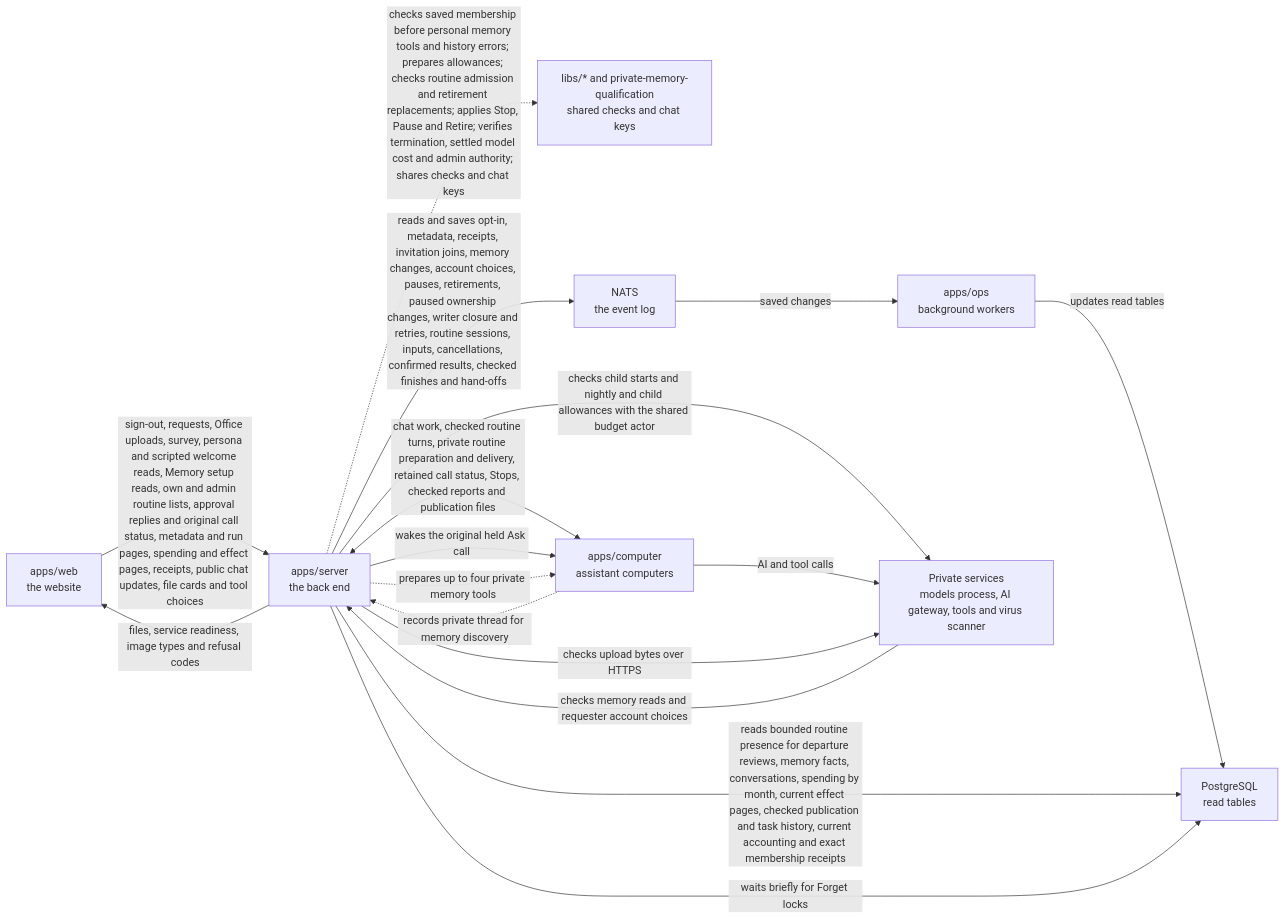
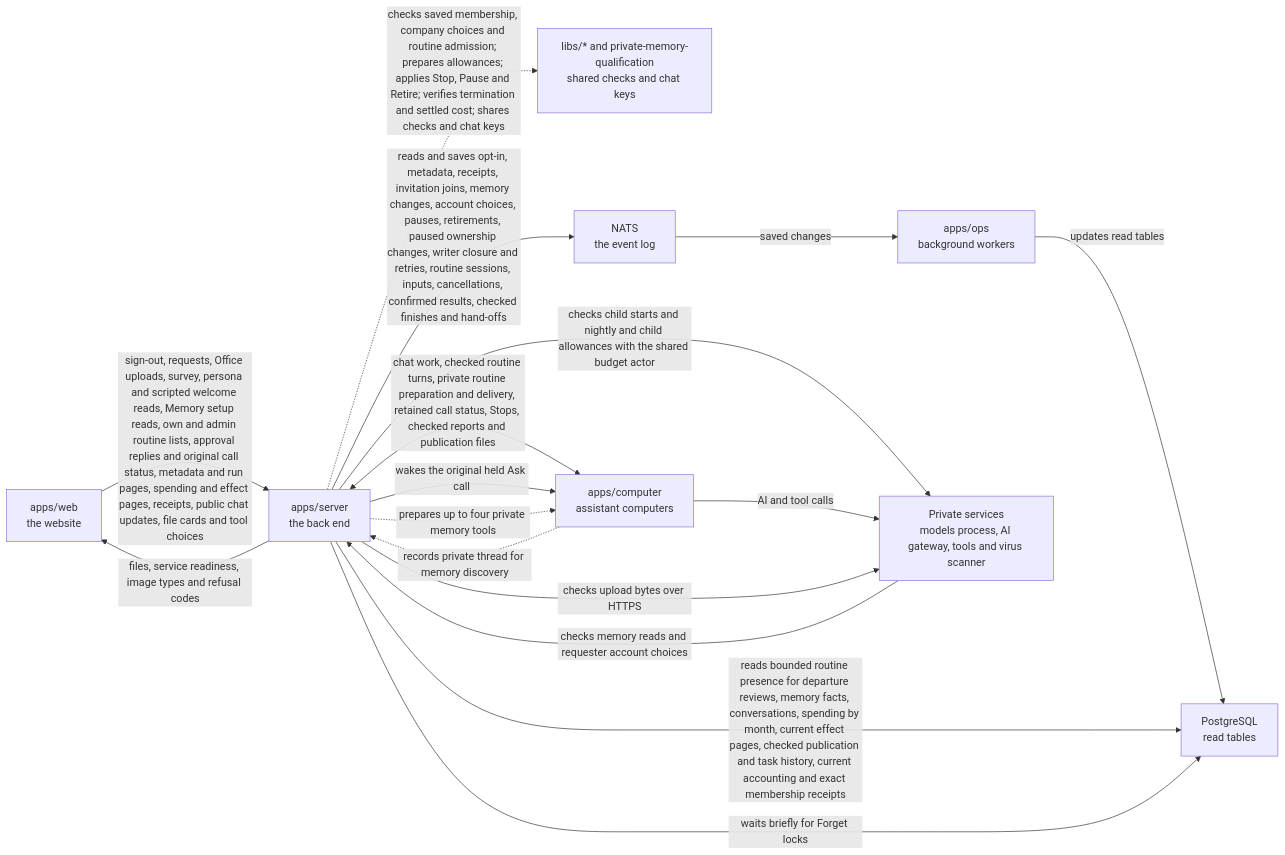
The diagram in apps/server/README.md (elewa-git/opencrane-new), drawn with Mermaid before and after one commit. The commit also changed other lines of this file and 13 other files, not shown here.

Commit message:
🔒 Check company bindings after routine wake

````diff
--- a/apps/server/README.md
+++ b/apps/server/README.md
@@ -224,19 +228,19 @@
 ```mermaid
 flowchart LR
   web["apps/web<br/>the website"] -->|sign-out, requests, Office uploads, survey, persona and scripted welcome reads, Memory setup reads, own and admin routine lists, approval replies and original call status, metadata and run pages, spending and effect pages, receipts, public chat updates, file cards and tool choices| server["apps/server<br/>the back end"]
-  server -.->|checks saved membership before personal memory tools and history errors; prepares allowances; checks routine admission and retirement replacements; applies Stop, Pause and Retire; verifies termination, settled model cost and admin authority; shares checks and chat keys| libs["libs/* and private-memory-qualification<br/>shared checks and chat keys"]
+  server -.->|checks saved membership, company choices and routine admission; prepares allowances; applies Stop, Pause and Retire; verifies termination and settled cost; shares checks and chat keys| libs["libs/* and private-memory-qualification<br/>shared checks and chat keys"]
   server -->|reads and saves opt-in, metadata, receipts, invitation joins, memory changes, account choices, pauses, retirements, paused ownership changes, writer closure and retries, routine sessions, inputs, cancellations, confirmed results, checked finishes and hand-offs| nats["NATS<br/>the event log"]
   nats -->|saved changes| ops["apps/ops<br/>background workers"]
   ops -->|updates read tables| postgres["PostgreSQL<br/>read tables"]
   server -->|reads bounded routine presence for departure reviews, memory facts, conversations, spending by month, current effect pages, checked publication and task history, current accounting and exact membership receipts| postgres
   server -->|waits briefly for Forget locks| postgres
   server <-->|chat work, checked routine turns, private routine preparation and delivery, retained call status, Stops, checked reports and publication files| computer["apps/computer<br/>assistant computers"]
   server -->|wakes the original held Ask call| computer
   server -->|checks child starts and nightly and child allowances with the shared budget actor| runtime
   computer -.->|records private thread for memory discovery| server
   server -.->|prepares up to four private memory tools| computer
   computer -->|AI and tool calls| runtime["Private services<br/>models process, AI gateway, tools and virus scanner"]
   server -->|files, service readiness, image types and refusal codes| web
   server -->|checks upload bytes over HTTPS| runtime
   runtime -->|checks memory reads and requester account choices| server
 ```
````
